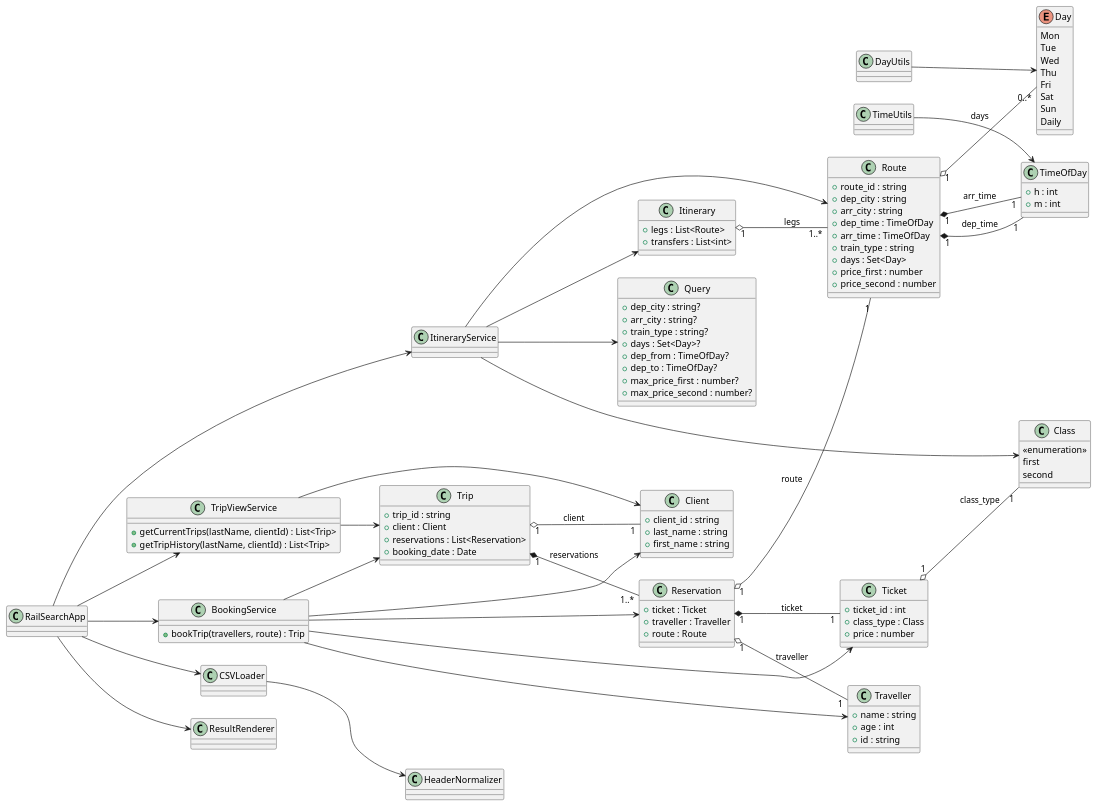
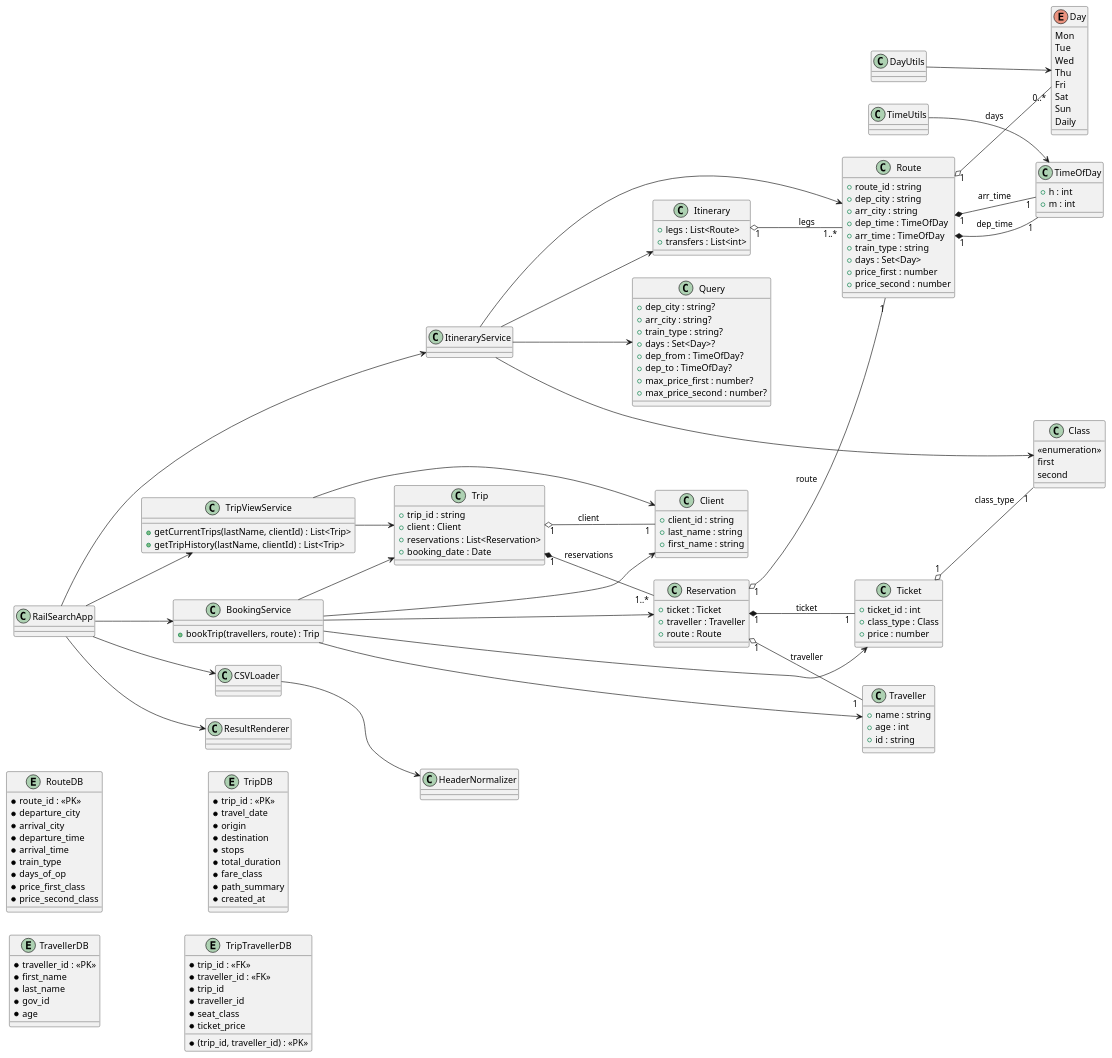
One commit to nicolas-zampieri/SOEN342 changed the diagram in docs/PlantUMLCode/domain.puml. Above: the diagram before and after it, drawn with PlantUML.

```diff
--- a/docs/PlantUMLCode/domain.puml
+++ b/docs/PlantUMLCode/domain.puml
@@ -1,133 +1,175 @@
 @startuml DomainModel
 left to right direction
 
 enum Day {
   Mon
   Tue
   Wed
   Thu
   Fri
   Sat
   Sun
   Daily
 }
 
 class Class {
   <<enumeration>>
   first
   second
+}
+
+entity "RouteDB" as RouteDB {
+  *route_id : <<PK>>
+  *departure_city
+  *arrival_city
+  *departure_time
+  *arrival_time
+  *train_type
+  *days_of_op
+  *price_first_class
+  *price_second_class
+}
+
+entity "TravellerDB" as ClientDB {
+  *traveller_id : <<PK>>
+  *first_name
+  *last_name
+  *gov_id
+  *age
+}
+
+entity "TripDB" as TripDB {
+  *trip_id : <<PK>>
+  *travel_date
+  *origin
+  *destination
+  *stops
+  *total_duration
+  *fare_class
+  *path_summary
+  *created_at
+}
+
+entity "TripTravellerDB" as TravelDB {
+  *(trip_id, traveller_id) : <<PK>>
+  *trip_id : <<FK>>
+  *traveller_id : <<FK>>
+  *trip_id
+  *traveller_id
+  *seat_class
+  *ticket_price
 }
 
 class TimeOfDay {
   +h : int
   +m : int
 }
 
 class Route {
   +route_id : string
   +dep_city : string
   +arr_city : string
   +dep_time : TimeOfDay
   +arr_time : TimeOfDay
   +train_type : string
   +days : Set<Day>
   +price_first : number
   +price_second : number
 }
 
 class Itinerary {
   +legs : List<Route>
   +transfers : List<int>
 }
 
 class Query {
   +dep_city : string?
   +arr_city : string?
   +train_type : string?
   +days : Set<Day>?
   +dep_from : TimeOfDay?
   +dep_to : TimeOfDay?
   +max_price_first : number?
   +max_price_second : number?
 }
 
 class Client {
   +client_id : string
   +last_name : string
   +first_name : string
 }
 
 class Traveller {
   +name : string
   +age : int
   +id : string
 }
 
 class Trip {
   +trip_id : string
   +client : Client
   +reservations : List<Reservation>
   +booking_date : Date
 }
 
 class Reservation {
   +ticket : Ticket
   +traveller : Traveller
   +route : Route
 }
 
 class Ticket {
   +ticket_id : int
   +class_type : Class
   +price : number
 }
 
 class BookingService {
   +bookTrip(travellers, route) : Trip
 }
 
 class TripViewService {
   +getCurrentTrips(lastName, clientId) : List<Trip>
   +getTripHistory(lastName, clientId) : List<Trip>
 }
 
 class ItineraryService
 class DayUtils
 class TimeUtils
 class CSVLoader
 class HeaderNormalizer
 class ResultRenderer
 class RailSearchApp
 
 Itinerary "1" o-- "1..*" Route : legs
 Route "1" *-- "1" TimeOfDay : dep_time
 Route "1" *-- "1" TimeOfDay : arr_time
 Route "1" o-- "0..*" Day : days
 
 Trip "1" *-- "1..*" Reservation : reservations
 Trip "1" o-- "1" Client : client
 Reservation "1" *-- "1" Ticket : ticket
 Reservation "1" o-- "1" Traveller : traveller
 Reservation "1" o-- "1" Route : route
 Ticket "1" o-- "1" Class : class_type
 
 CSVLoader --> HeaderNormalizer
 RailSearchApp --> CSVLoader
 RailSearchApp --> ResultRenderer
 RailSearchApp --> ItineraryService
 RailSearchApp --> BookingService
 RailSearchApp --> TripViewService
 ItineraryService --> Route
 ItineraryService --> Itinerary
 ItineraryService --> Query
 ItineraryService --> Class
 BookingService --> Trip
 BookingService --> Reservation
 BookingService --> Ticket
 BookingService --> Client
 BookingService --> Traveller
 TripViewService --> Trip
 TripViewService --> Client
 DayUtils --> Day
 TimeUtils --> TimeOfDay
 @enduml
```
